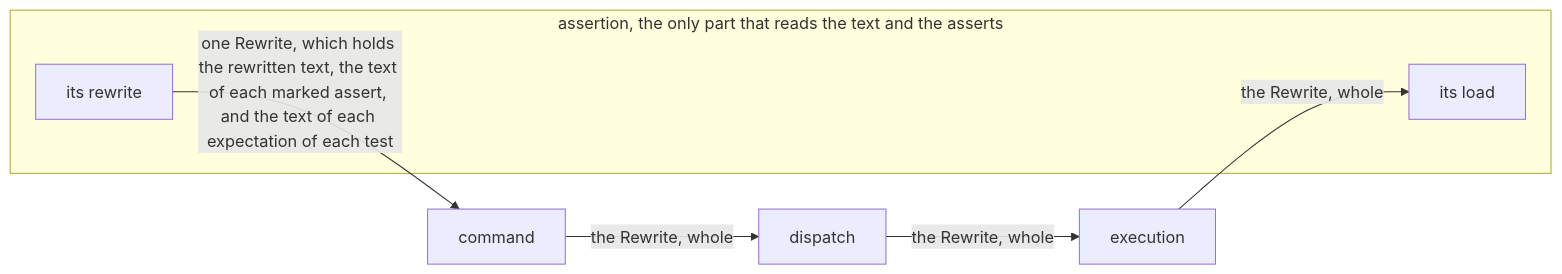
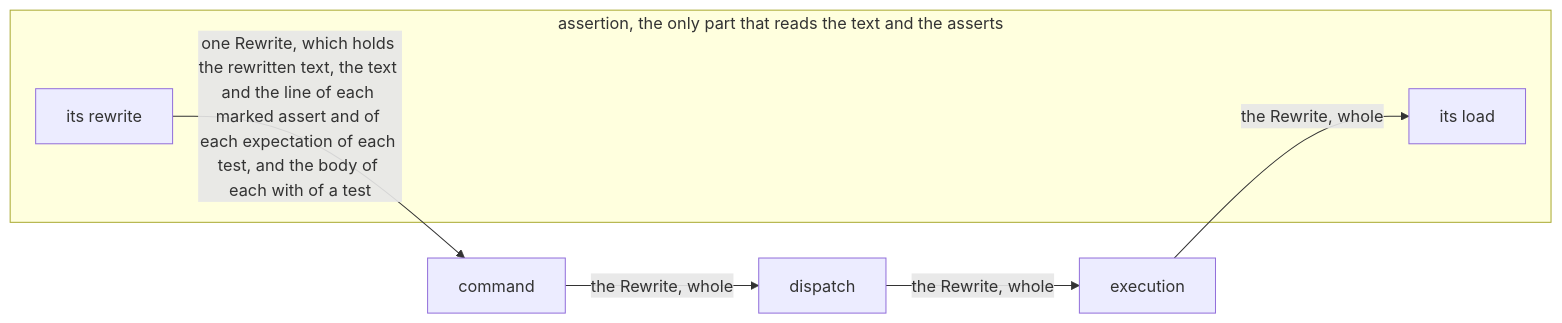
The diagram in docs/decisions/assertions-rewrite-crosses-each-part-whole-and-only-assertion-opens-it.md (kalonji-tools/purba), drawn with Mermaid before and after one commit. The commit also changed 9 other files, not shown here.

````diff
--- a/docs/decisions/assertions-rewrite-crosses-each-part-whole-and-only-assertion-opens-it.md
+++ b/docs/decisions/assertions-rewrite-crosses-each-part-whole-and-only-assertion-opens-it.md
@@ -30,11 +30,11 @@
 ```mermaid
 flowchart LR
   subgraph assertion["assertion, the only part that reads the text and the asserts"]
     rewrite["its rewrite"]
     load["its load"]
   end
-  rewrite -->|"one Rewrite, which holds the rewritten text, the text of each marked assert, and the text of each expectation of each test"| command
+  rewrite -->|"one Rewrite, which holds the rewritten text, the text and the line of each marked assert and of each expectation of each test, and the body of each with of a test"| command
   command -->|"the Rewrite, whole"| dispatch
   dispatch -->|"the Rewrite, whole"| execution
   execution -->|"the Rewrite, whole"| load
 ```
````
